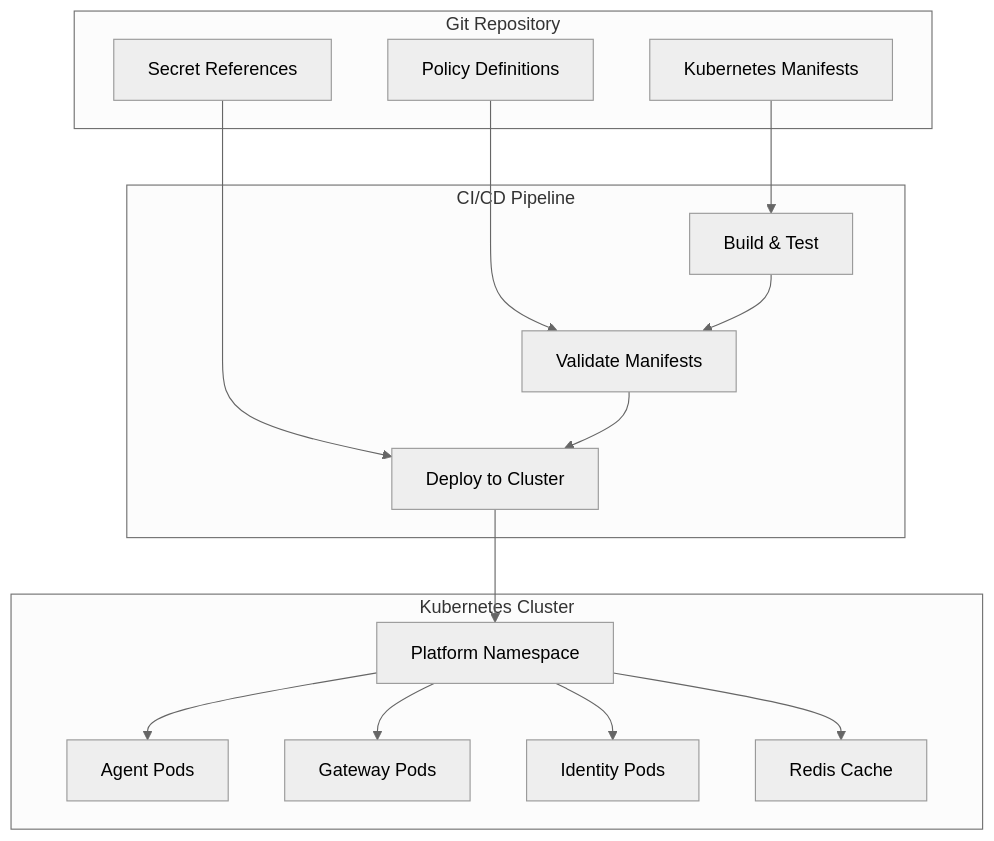
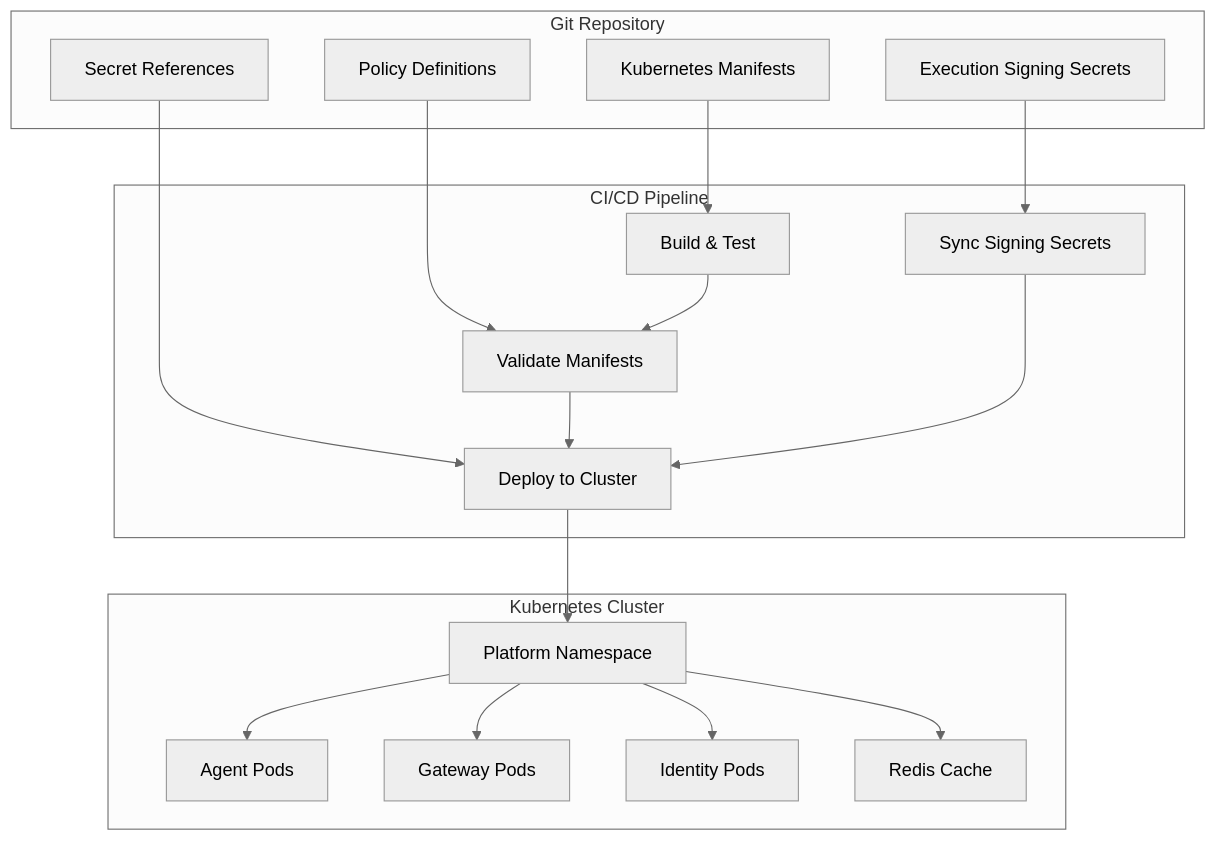
Before and after one commit to metasync/luban-aiops: the eighth of 8 diagrams in .qoder/repowiki/en/content/Project Overview.md, drawn with Mermaid (neutral theme). The commit also changed other lines of this file and 4 other files, not shown here.

````diff
--- a/.qoder/repowiki/en/content/Project Overview.md
+++ b/.qoder/repowiki/en/content/Project Overview.md
@@ -397,30 +493,34 @@
 ```mermaid
 graph TB
 subgraph "Git Repository"
 Config["Kubernetes Manifests"]
 Policies["Policy Definitions"]
 Secrets["Secret References"]
+SigningSecrets["Execution Signing Secrets"]
 end
 subgraph "CI/CD Pipeline"
 Build["Build & Test"]
 Validate["Validate Manifests"]
 Deploy["Deploy to Cluster"]
+SyncSecrets["Sync Signing Secrets"]
 end
 subgraph "Kubernetes Cluster"
 Namespace["Platform Namespace"]
 Agents["Agent Pods"]
 Gateway["Gateway Pods"]
 Identity["Identity Pods"]
 Redis["Redis Cache"]
 end
 Config --> Build
 Policies --> Validate
 Secrets --> Deploy
+SigningSecrets --> SyncSecrets
 Build --> Validate
 Validate --> Deploy
+SyncSecrets --> Deploy
 Deploy --> Namespace
 Namespace --> Agents
 Namespace --> Gateway
 Namespace --> Identity
 Namespace --> Redis
 ```
````
